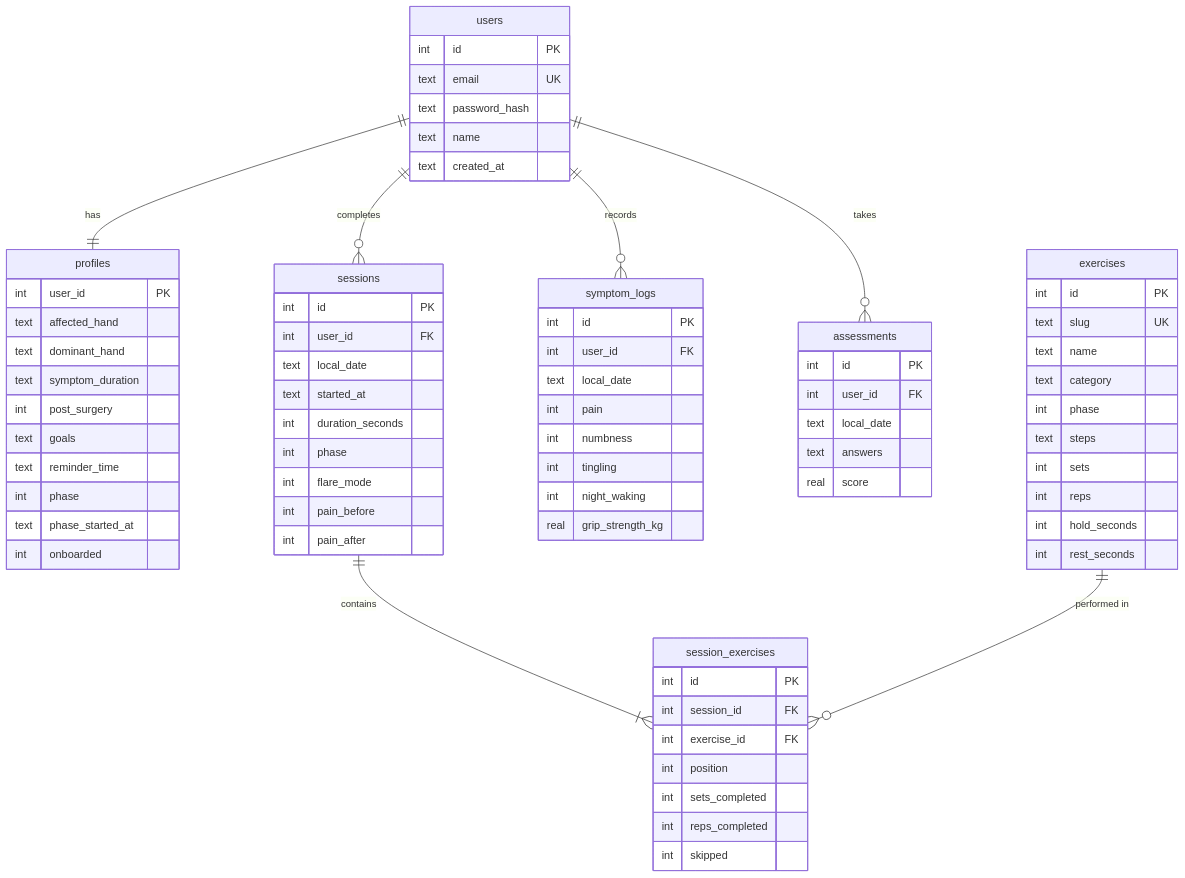
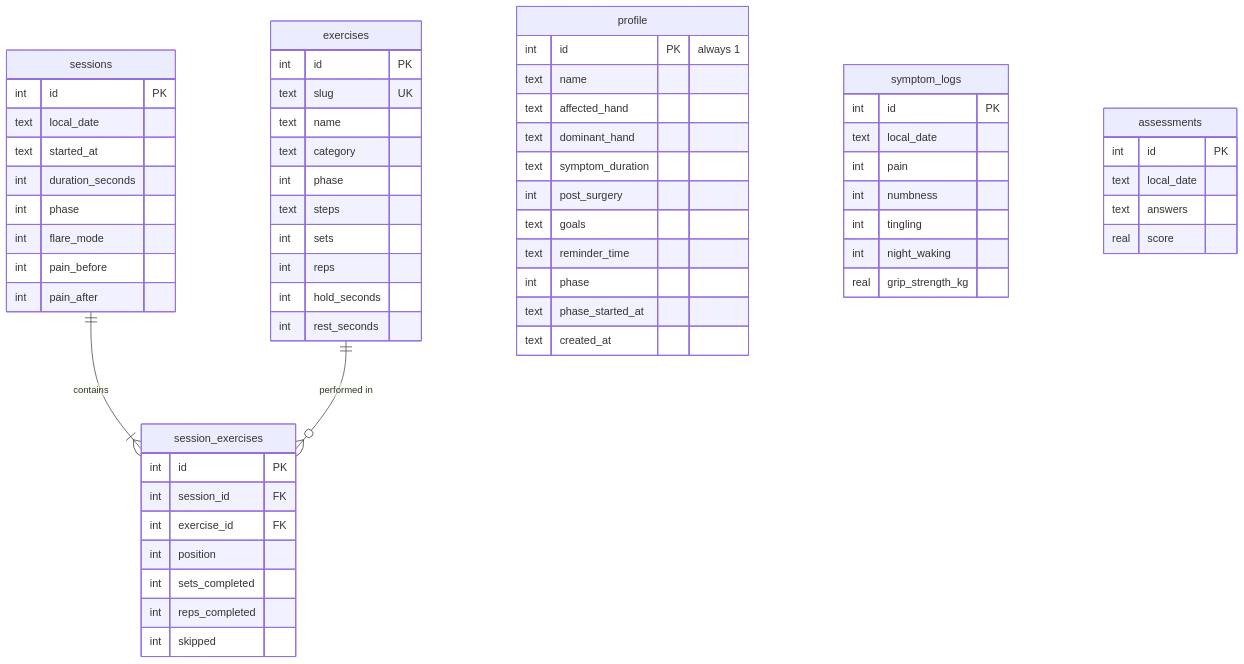
Before and after one commit to ismibaim-dev/tangan-itik: the diagram in README.md, drawn with Mermaid. The commit also changed other lines of this file and 121 other files, not shown here.

````diff
--- a/README.md
+++ b/README.md
@@ -84,78 +83,65 @@
 ```mermaid
 erDiagram
-  users ||--|| profiles : has
-  users ||--o{ sessions : completes
-  users ||--o{ symptom_logs : records
-  users ||--o{ assessments : takes
   sessions ||--|{ session_exercises : contains
   exercises ||--o{ session_exercises : "performed in"
 
-  users {
-    int id PK
-    text email UK
-    text password_hash
+  profile {
+    int id PK "always 1"
     text name
-    text created_at
-  }
-  profiles {
-    int user_id PK
     text affected_hand
     text dominant_hand
     text symptom_duration
     int post_surgery
     text goals
     text reminder_time
     int phase
     text phase_started_at
-    int onboarded
+    text created_at
   }
   exercises {
     int id PK
     text slug UK
     text name
     text category
     int phase
     text steps
     int sets
     int reps
     int hold_seconds
     int rest_seconds
   }
   sessions {
     int id PK
-    int user_id FK
     text local_date
     text started_at
     int duration_seconds
     int phase
     int flare_mode
     int pain_before
     int pain_after
   }
   session_exercises {
     int id PK
     int session_id FK
     int exercise_id FK
     int position
     int sets_completed
     int reps_completed
     int skipped
   }
   symptom_logs {
     int id PK
-    int user_id FK
     text local_date
     int pain
     int numbness
     int tingling
     int night_waking
     real grip_strength_kg
   }
   assessments {
     int id PK
-    int user_id FK
     text local_date
     text answers
     real score
   }
 ```
````
